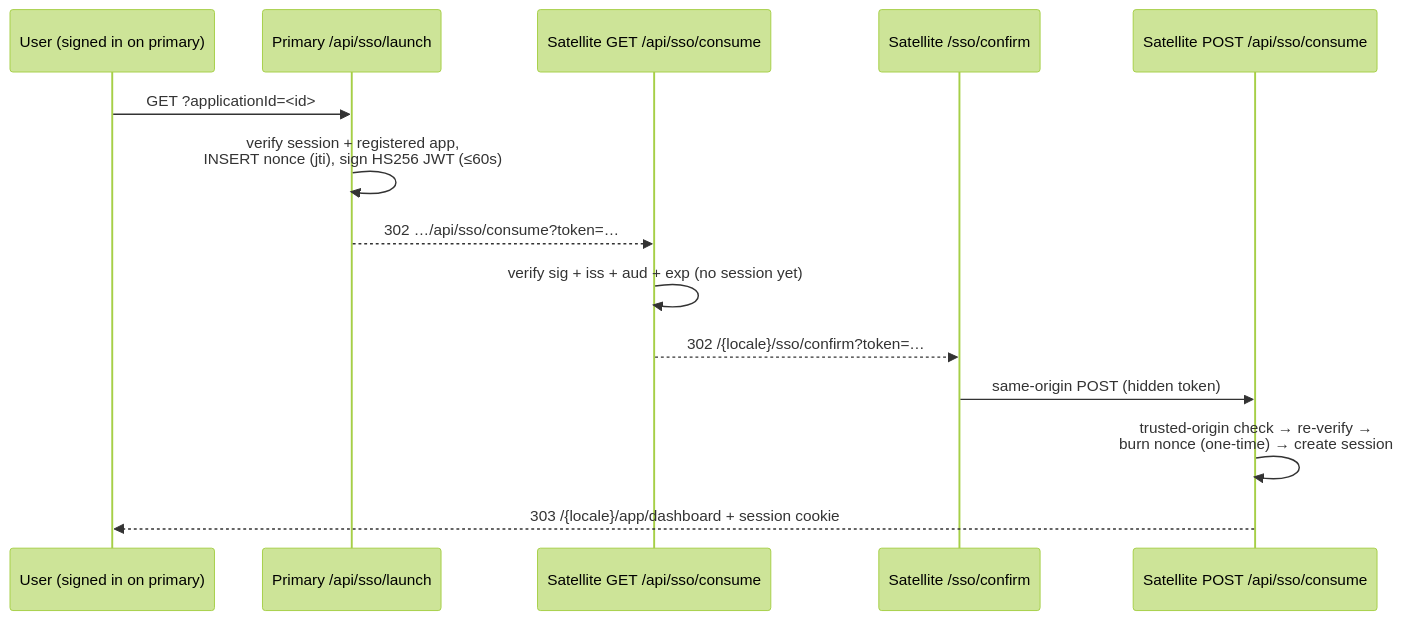
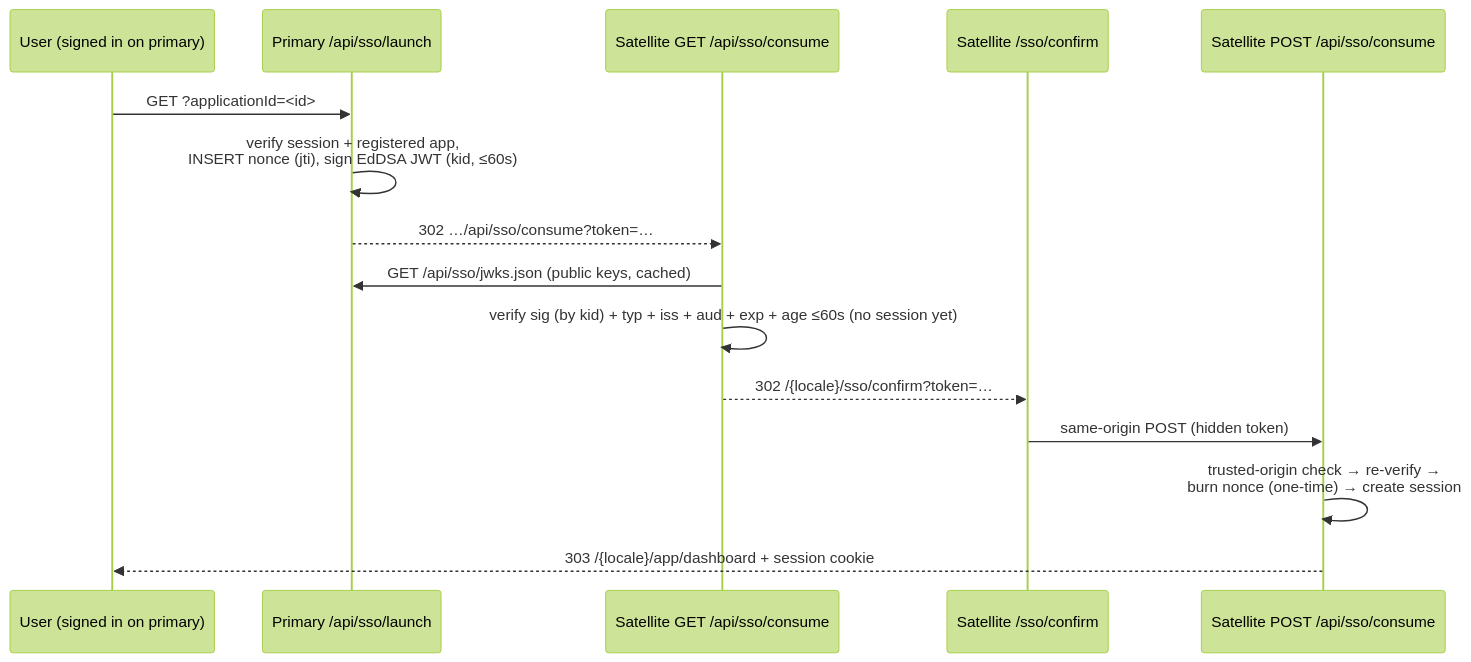
The diagram in docs/integration-satellite-apps.md (devresponse/devresponsekit), drawn with Mermaid (forest theme) before and after one commit. The commit also changed other lines of this file and 31 other files, not shown here.

````diff
--- a/docs/integration-satellite-apps.md
+++ b/docs/integration-satellite-apps.md
@@ -37,17 +37,18 @@
 ```mermaid
 sequenceDiagram
     participant U as User (signed in on primary)
     participant P as Primary /api/sso/launch
     participant SG as Satellite GET /api/sso/consume
     participant SC as Satellite /sso/confirm
     participant SP as Satellite POST /api/sso/consume
 
     U->>P: GET ?applicationId=<id>
-    P->>P: verify session + registered app,<br/>INSERT nonce (jti), sign HS256 JWT (≤60s)
+    P->>P: verify session + registered app,<br/>INSERT nonce (jti), sign EdDSA JWT (kid, ≤60s)
     P-->>SG: 302 …/api/sso/consume?token=…
-    SG->>SG: verify sig + iss + aud + exp (no session yet)
+    SG->>P: GET /api/sso/jwks.json (public keys, cached)
+    SG->>SG: verify sig (by kid) + typ + iss + aud + exp + age ≤60s (no session yet)
     SG-->>SC: 302 /{locale}/sso/confirm?token=…
     SC->>SP: same-origin POST (hidden token)
     SP->>SP: trusted-origin check → re-verify →<br/>burn nonce (one-time) → create session
     SP-->>U: 303 /{locale}/app/dashboard + session cookie
 ```
````
